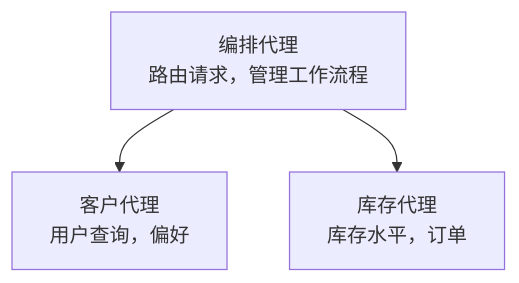
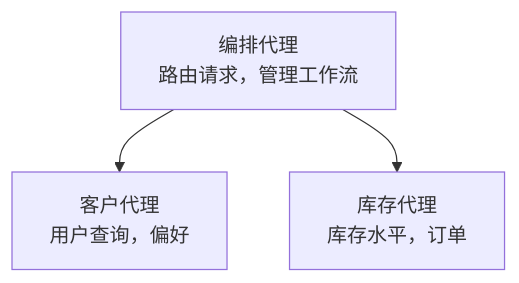
Before and after one commit to microsoft/AZD-for-beginners: the diagram in translations/zh-CN/docs/chapter-05-multi-agent/README.md, drawn with Mermaid. The commit also changed other lines of this file and 104 other files, not shown here.

````diff
--- a/translations/zh-CN/docs/chapter-05-multi-agent/README.md
+++ b/translations/zh-CN/docs/chapter-05-multi-agent/README.md
@@ -52,5 +54,5 @@
 ```mermaid
 graph TD
-    Orchestrator[编排代理<br/>路由请求，管理工作流程] --> Customer[客户代理<br/>用户查询，偏好]
+    Orchestrator[编排代理<br/>路由请求，管理工作流] --> Customer[客户代理<br/>用户查询，偏好]
     Orchestrator --> Inventory[库存代理<br/>库存水平，订单]
 ```
````
